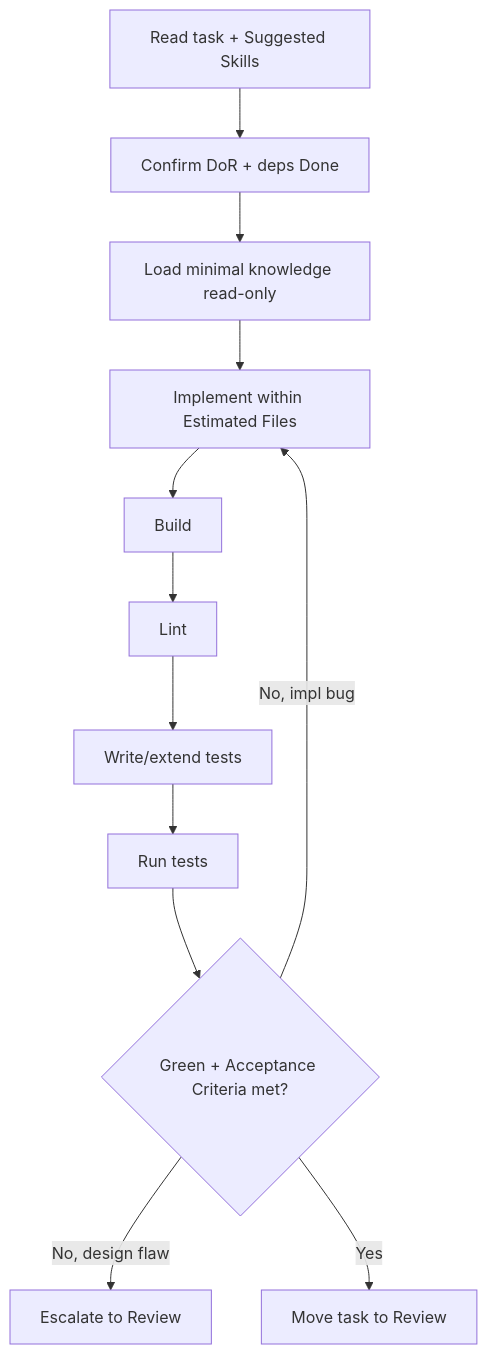
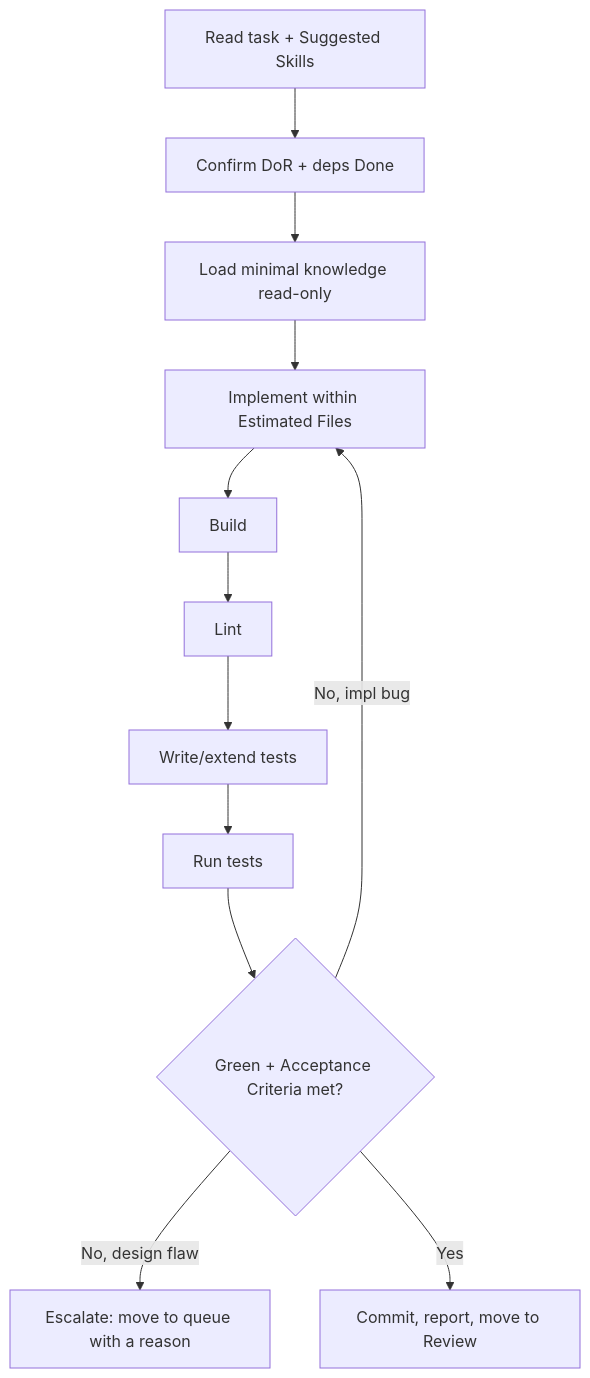
Before and after one commit to Vtquan123/strix: the diagram in templates/executors/cline/.clinerules/workflows/implement.md, drawn with Mermaid. The commit also changed other lines of this file and 80 other files, not shown here.

````diff
--- a/templates/executors/cline/.clinerules/workflows/implement.md
+++ b/templates/executors/cline/.clinerules/workflows/implement.md
@@ -11,14 +11,14 @@
 ```mermaid
 flowchart TD
     A[Read task + Suggested Skills] --> B[Confirm DoR + deps Done]
     B --> C[Load minimal knowledge read-only]
     C --> D[Implement within Estimated Files]
     D --> E[Build]
     E --> F[Lint]
     F --> G[Write/extend tests]
     G --> H[Run tests]
     H --> I{Green + Acceptance Criteria met?}
     I -->|No, impl bug| D
-    I -->|No, design flaw| ESC[Escalate to Review]
-    I -->|Yes| J[Move task to Review]
+    I -->|No, design flaw| ESC[Escalate: move to queue with a reason]
+    I -->|Yes| J[Commit, report, move to Review]
 ```
````
